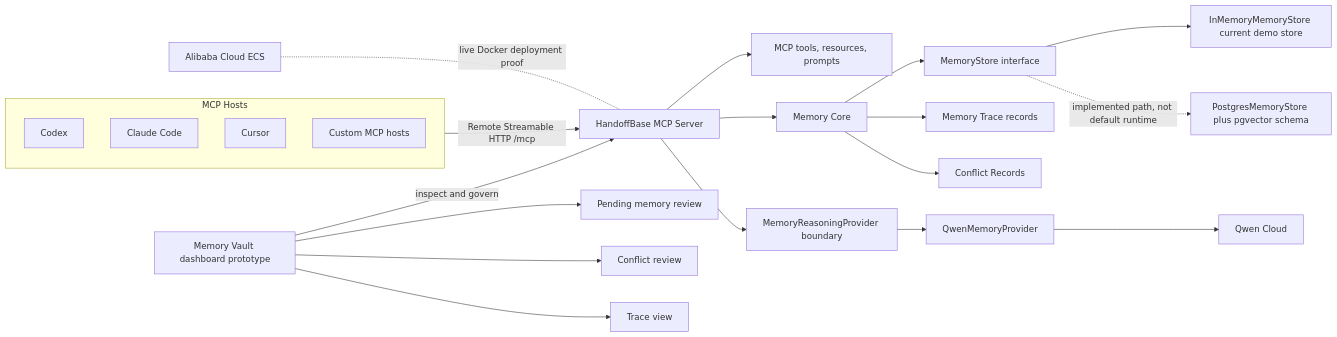
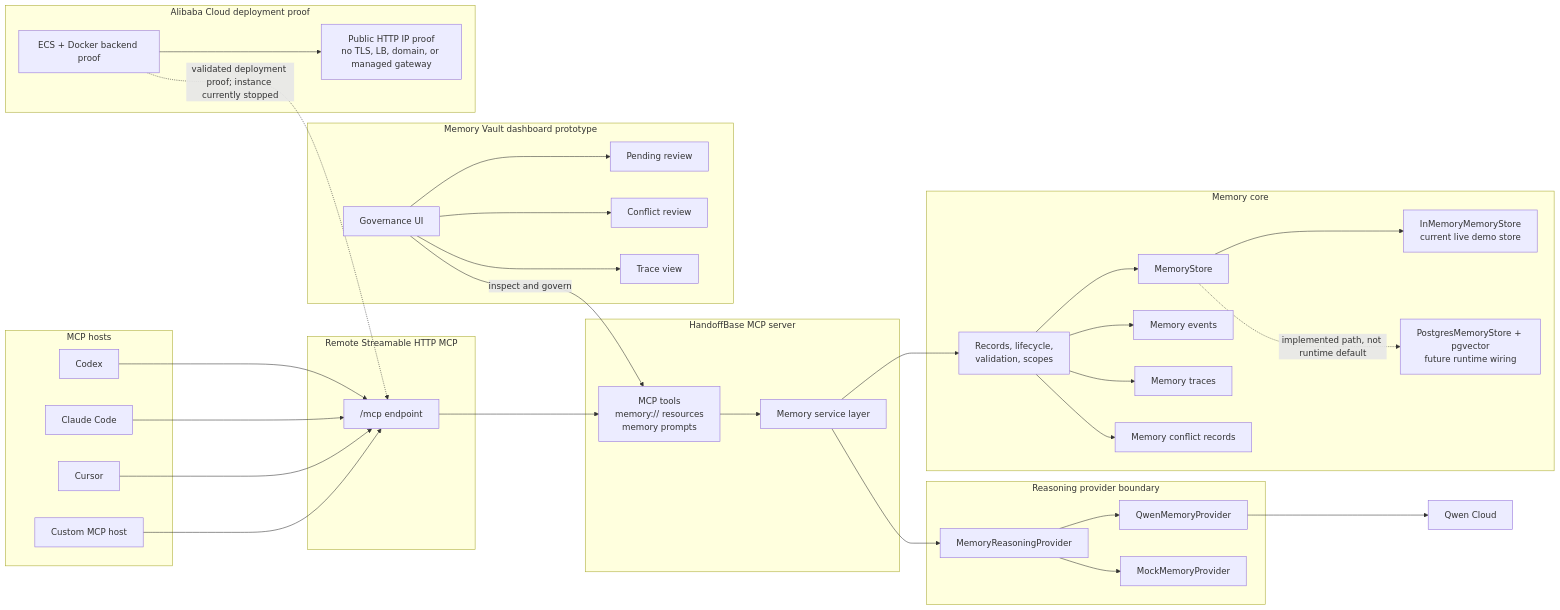
Before and after one commit to jensonChow/handoffbase: the diagram in docs/architecture.md, drawn with Mermaid. The commit also changed other lines of this file and 2 other files, not shown here.

Commit message:
docs: prepare architecture submission assets

````diff
--- a/docs/architecture.md
+++ b/docs/architecture.md
@@ -14,31 +17,74 @@
 ```mermaid
 flowchart LR
-  subgraph Hosts["MCP Hosts"]
+  subgraph Hosts["MCP hosts"]
     Codex["Codex"]
     Claude["Claude Code"]
     Cursor["Cursor"]
-    Custom["Custom MCP hosts"]
+    Custom["Custom MCP host"]
   end
 
-  Hosts -->|Remote Streamable HTTP /mcp| Server["HandoffBase MCP Server"]
-  ECS["Alibaba Cloud ECS"] -. "live Docker deployment proof" .- Server
+  subgraph Remote["Remote Streamable HTTP MCP"]
+    Endpoint["/mcp endpoint"]
+  end
 
-  Server --> Tools["MCP tools, resources, prompts"]
-  Server --> Core["Memory Core"]
-  Server --> ProviderBoundary["MemoryReasoningProvider boundary"]
+  subgraph ServerLayer["HandoffBase MCP server"]
+    Surface["MCP tools<br/>memory:// resources<br/>memory prompts"]
+    Service["Memory service layer"]
+  end
 
-  ProviderBoundary --> QwenProvider["QwenMemoryProvider"]
+  subgraph ProviderLayer["Reasoning provider boundary"]
+    ProviderBoundary["MemoryReasoningProvider"]
+    QwenProvider["QwenMemoryProvider"]
+    MockProvider["MockMemoryProvider"]
+  end
+
+  subgraph CoreLayer["Memory core"]
+    Core["Records, lifecycle,<br/>validation, scopes"]
+    Store["MemoryStore"]
+    InMemory["InMemoryMemoryStore<br/>current live demo store"]
+    Postgres["PostgresMemoryStore + pgvector<br/>future runtime wiring"]
+    Events["Memory events"]
+    Trace["Memory traces"]
+    Conflicts["Memory conflict records"]
+  end
+
+  subgraph DashboardLayer["Memory Vault dashboard prototype"]
+    Dashboard["Governance UI"]
+    Pending["Pending review"]
+    ConflictReview["Conflict review"]
+    TraceView["Trace view"]
+  end
+
+  subgraph CloudProof["Alibaba Cloud deployment proof"]
+    ECS["ECS + Docker backend proof"]
+    Limits["Public HTTP IP proof<br/>no TLS, LB, domain, or managed gateway"]
+  end
+
+  Codex --> Endpoint
+  Claude --> Endpoint
+  Cursor --> Endpoint
+  Custom --> Endpoint
+  Endpoint --> Surface
+  Surface --> Service
+
+  Service --> ProviderBoundary
+  ProviderBoundary --> QwenProvider
+  ProviderBoundary --> MockProvider
   QwenProvider --> QwenCloud["Qwen Cloud"]
 
-  Core --> Store["MemoryStore interface"]
-  Store --> InMemory["InMemoryMemoryStore current demo store"]
-  Store -. "implemented path, not default runtime" .-> Postgres["PostgresMemoryStore plus pgvector schema"]
+  Service --> Core
+  Core --> Store
+  Store --> InMemory
+  Store -. "implemented path, not runtime default" .-> Postgres
+  Core --> Events
+  Core --> Trace
+  Core --> Conflicts
 
-  Core --> Trace["Memory Trace records"]
-  Core --> Conflicts["Conflict Records"]
+  Dashboard -->|inspect and govern| Surface
+  Dashboard --> Pending
+  Dashboard --> ConflictReview
+  Dashboard --> TraceView
 
-  Dashboard["Memory Vault dashboard prototype"] -->|inspect and govern| Server
-  Dashboard --> Pending["Pending memory review"]
-  Dashboard --> ConflictReview["Conflict review"]
-  Dashboard --> TraceView["Trace view"]
+  ECS -. "validated deployment proof; instance currently stopped" .-> Endpoint
+  ECS --> Limits
 ```
````
